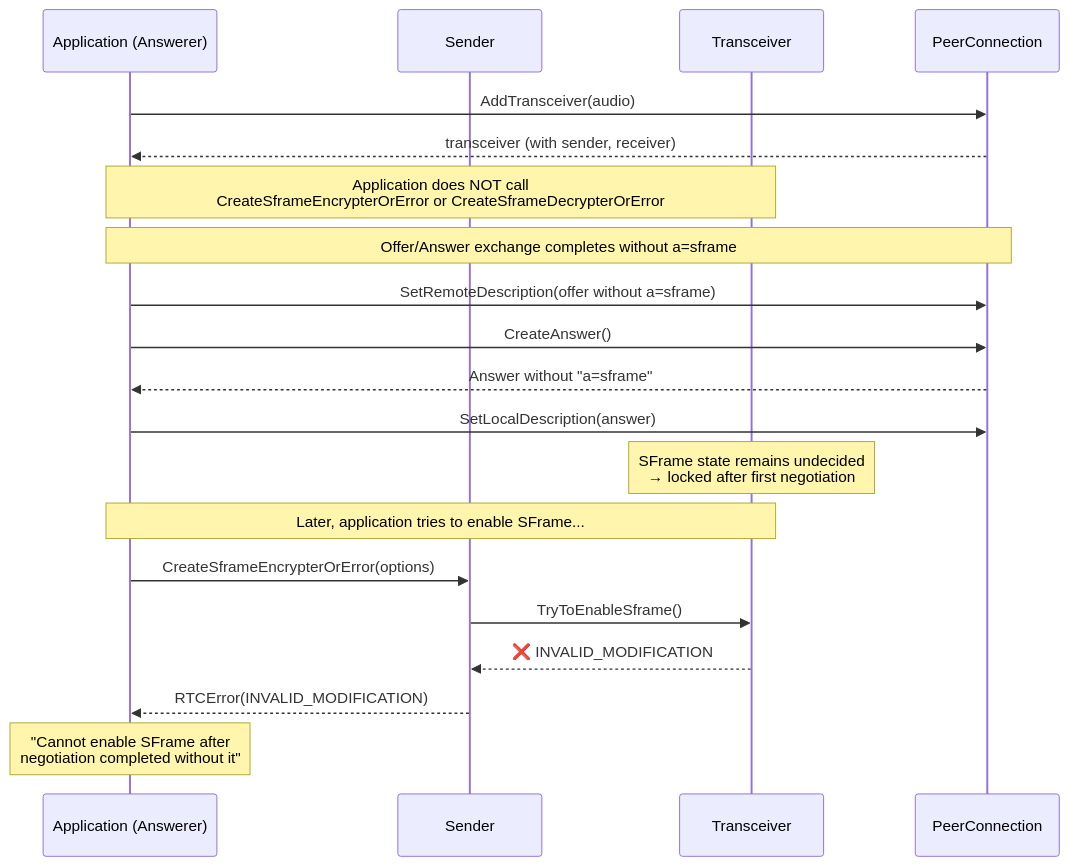
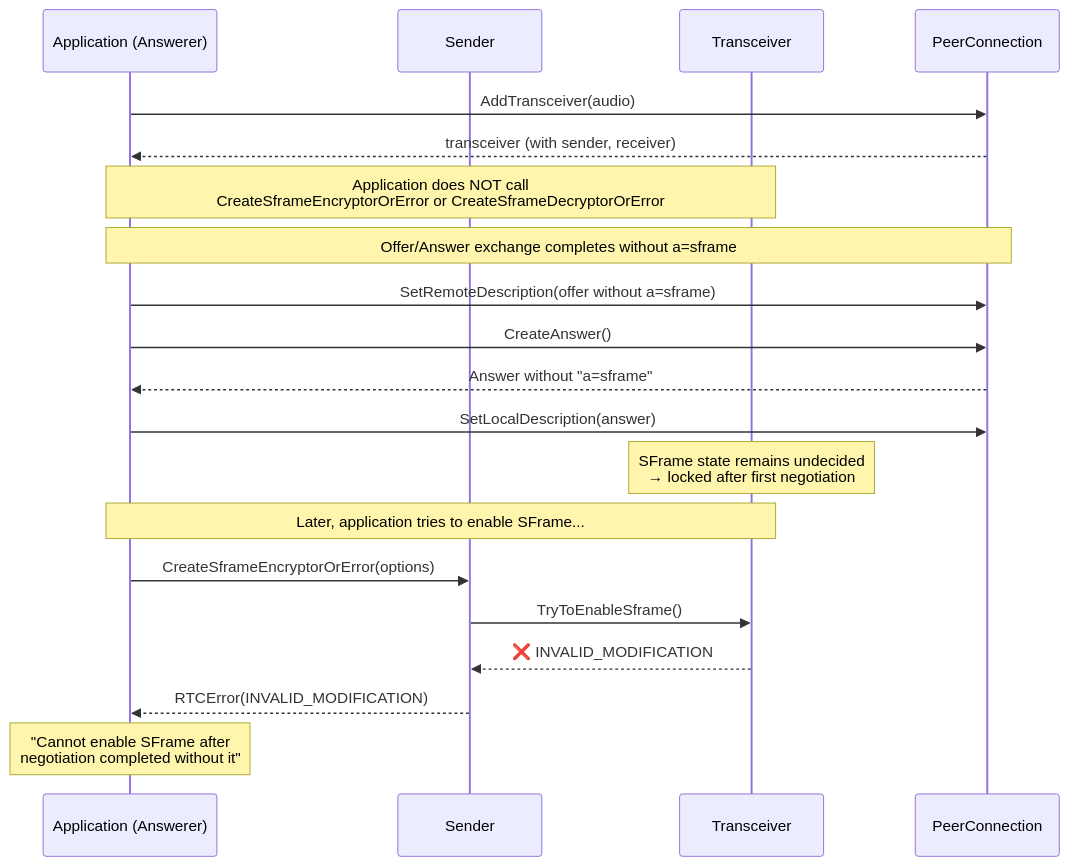
The sixth of 6 diagrams in negotiation.md (webex/webrtc-sframe), drawn with Mermaid before and after one commit. The commit also changed other lines of this file and 3 other files, not shown here.

Commit message:
sframe architecture docs

````diff
--- a/negotiation.md
+++ b/negotiation.md
@@ -361,27 +361,27 @@
 ```mermaid
 sequenceDiagram
     participant App as Application (Answerer)
     participant S as Sender
     participant T as Transceiver
     participant PC as PeerConnection
 
     App->>PC: AddTransceiver(audio)
     PC-->>App: transceiver (with sender, receiver)
-    Note over App,T: Application does NOT call<br/>CreateSframeEncrypterOrError or CreateSframeDecrypterOrError
+    Note over App,T: Application does NOT call<br/>CreateSframeEncryptorOrError or CreateSframeDecryptorOrError
 
     Note over App,PC: Offer/Answer exchange completes without a=sframe
 
     App->>PC: SetRemoteDescription(offer without a=sframe)
     App->>PC: CreateAnswer()
     PC-->>App: Answer without "a=sframe"
     App->>PC: SetLocalDescription(answer)
     Note over T: SFrame state remains undecided<br/>→ locked after first negotiation
 
     Note over App,T: Later, application tries to enable SFrame...
 
-    App->>S: CreateSframeEncrypterOrError(options)
+    App->>S: CreateSframeEncryptorOrError(options)
     S->>T: TryToEnableSframe()
     T-->>S: ❌ INVALID_MODIFICATION
     S-->>App: RTCError(INVALID_MODIFICATION)
     Note over App: "Cannot enable SFrame after<br/>negotiation completed without it"
 ```
````
